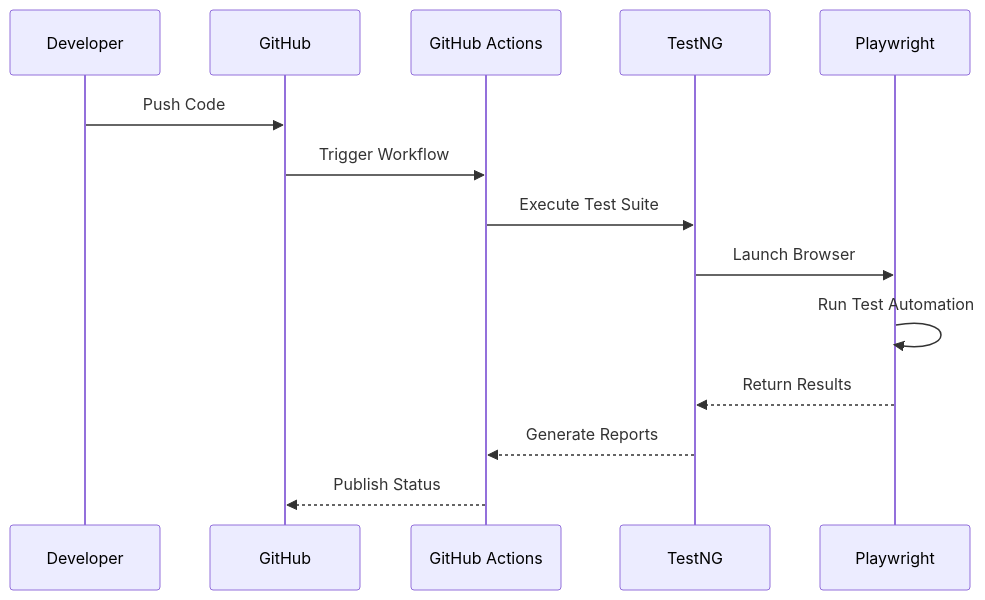
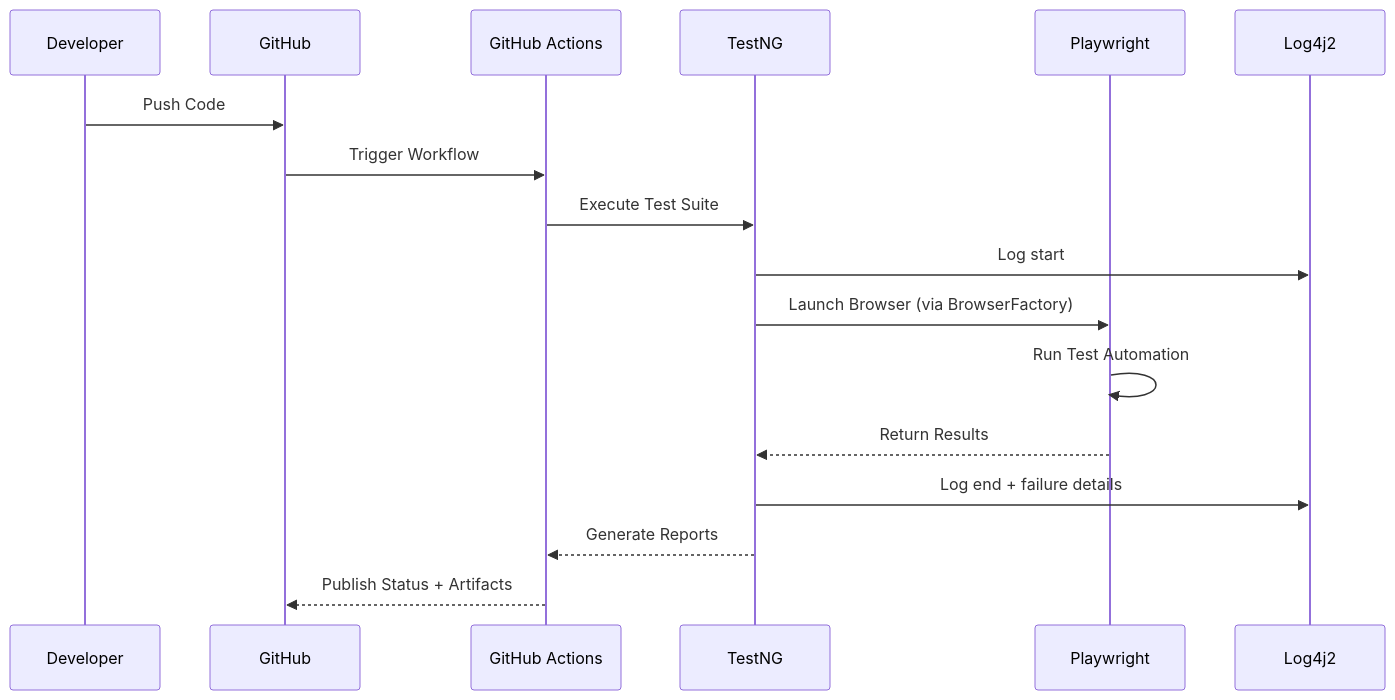
Before and after one commit to opencode-qa/hybrid-framework: the third of 4 diagrams in README.md, drawn with Mermaid. The commit also changed other lines of this file and 22 other files, not shown here.

````diff
--- a/README.md
+++ b/README.md
@@ -187,25 +146,20 @@
 ```mermaid
 sequenceDiagram
-
     participant Dev as Developer
     participant GitHub
     participant CI as GitHub Actions
     participant TestNG
     participant PW as Playwright
+    participant Log as Log4j2
 
     Dev->>GitHub: Push Code
-
     GitHub->>CI: Trigger Workflow
-
     CI->>TestNG: Execute Test Suite
-
-    TestNG->>PW: Launch Browser
-
+    TestNG->>Log: Log start
+    TestNG->>PW: Launch Browser (via BrowserFactory)
     PW->>PW: Run Test Automation
-
     PW-->>TestNG: Return Results
-
+    TestNG->>Log: Log end + failure details
     TestNG-->>CI: Generate Reports
-
-    CI-->>GitHub: Publish Status
+    CI-->>GitHub: Publish Status + Artifacts
 ```
````
